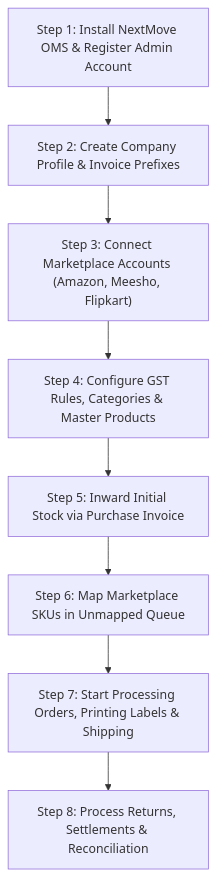
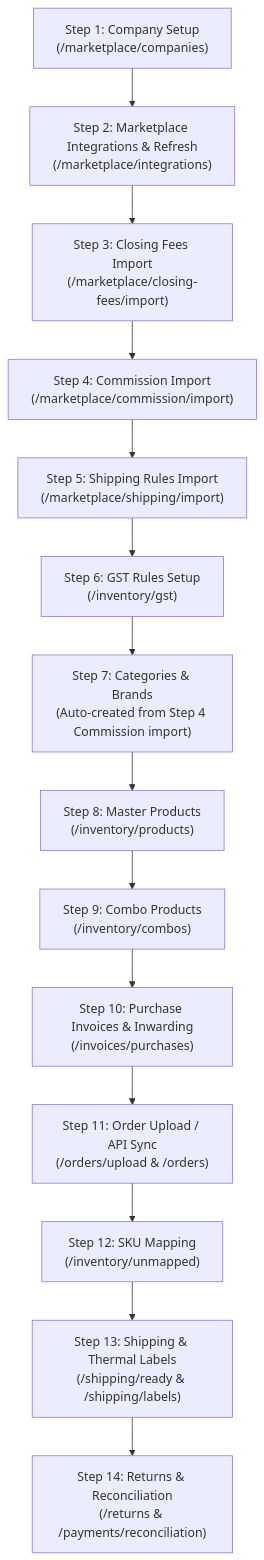
The seventh of 7 diagrams in ClientSetupGuide.md (daksyfashion/nextmove-releases), drawn with Mermaid before and after one commit. The commit also changed other lines of this file, not shown here.

````diff
--- a/ClientSetupGuide.md
+++ b/ClientSetupGuide.md
@@ -963,10 +1017,16 @@
 ```mermaid
 graph TD
-    Step1["Step 1: Install NextMove OMS & Register Admin Account"] --> Step2["Step 2: Create Company Profile & Invoice Prefixes"]
-    Step2 --> Step3["Step 3: Connect Marketplace Accounts (Amazon, Meesho, Flipkart)"]
-    Step3 --> Step4["Step 4: Configure GST Rules, Categories & Master Products"]
-    Step4 --> Step5["Step 5: Inward Initial Stock via Purchase Invoice"]
-    Step5 --> Step6["Step 6: Map Marketplace SKUs in Unmapped Queue"]
-    Step6 --> Step7["Step 7: Start Processing Orders, Printing Labels & Shipping"]
-    Step7 --> Step8["Step 8: Process Returns, Settlements & Reconciliation"]
+    Step1["Step 1: Company Setup<br/>(/marketplace/companies)"] --> Step2["Step 2: Marketplace Integrations & Refresh<br/>(/marketplace/integrations)"]
+    Step2 --> Step3["Step 3: Closing Fees Import<br/>(/marketplace/closing-fees/import)"]
+    Step3 --> Step4["Step 4: Commission Import<br/>(/marketplace/commission/import)"]
+    Step4 --> Step5["Step 5: Shipping Rules Import<br/>(/marketplace/shipping/import)"]
+    Step5 --> Step6["Step 6: GST Rules Setup<br/>(/inventory/gst)"]
+    Step6 --> Step7["Step 7: Categories & Brands<br/>(Auto-created from Step 4 Commission import)"]
+    Step7 --> Step8["Step 8: Master Products<br/>(/inventory/products)"]
+    Step8 --> Step9["Step 9: Combo Products<br/>(/inventory/combos)"]
+    Step9 --> Step10["Step 10: Purchase Invoices & Inwarding<br/>(/invoices/purchases)"]
+    Step10 --> Step11["Step 11: Order Upload / API Sync<br/>(/orders/upload & /orders)"]
+    Step11 --> Step12["Step 12: SKU Mapping<br/>(/inventory/unmapped)"]
+    Step12 --> Step13["Step 13: Shipping & Thermal Labels<br/>(/shipping/ready & /shipping/labels)"]
+    Step13 --> Step14["Step 14: Returns & Reconciliation<br/>(/returns & /payments/reconciliation)"]
 ```
````
